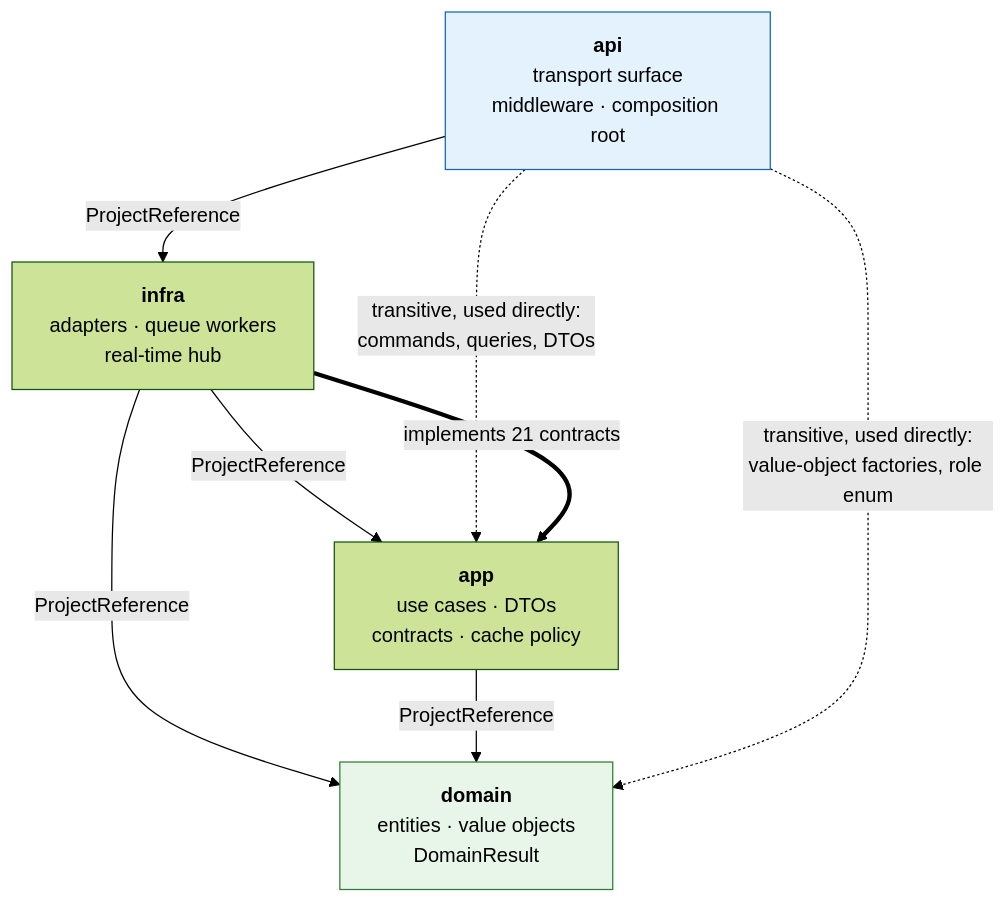
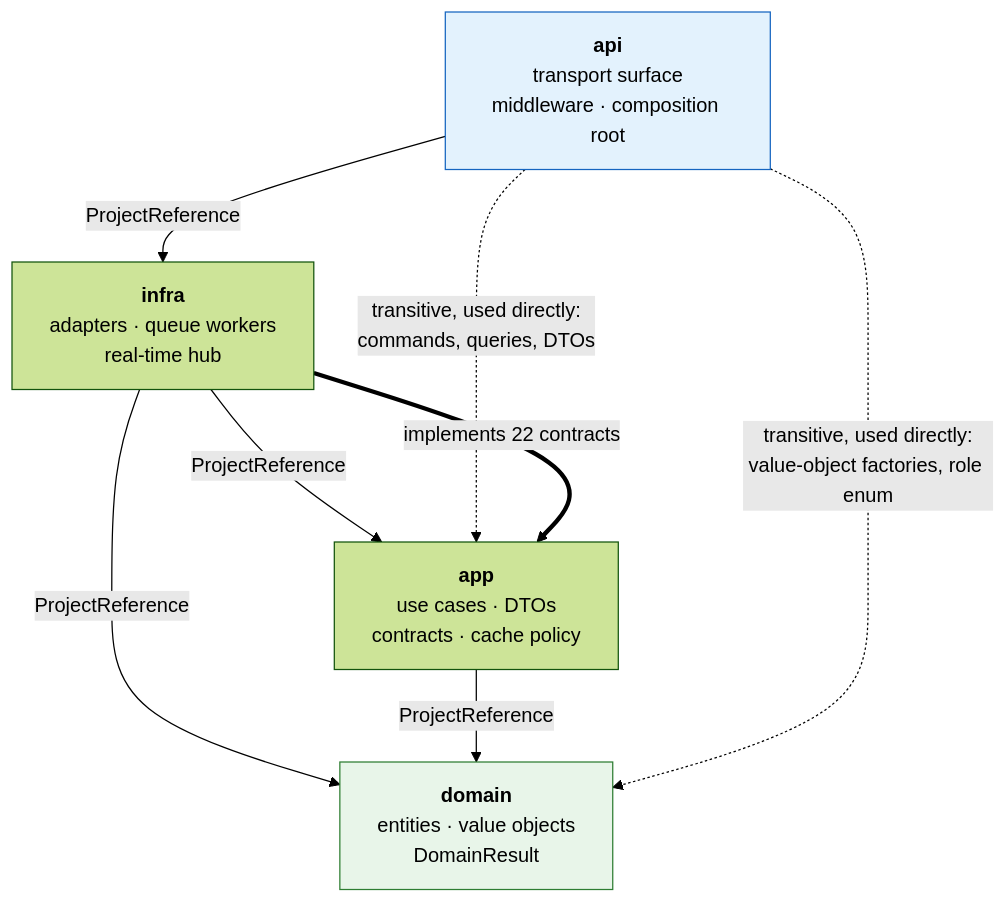
Before and after one commit to Datnguynx110605/Bump_Server: the second of 5 diagrams in doc/architecture.md, drawn with Mermaid (forest theme). The commit also changed other lines of this file and 6 other files, not shown here.

````diff
--- a/doc/architecture.md
+++ b/doc/architecture.md
@@ -113,19 +113,19 @@
 ```mermaid
 graph TD
     api["<b>api</b><br/>transport surface<br/>middleware · composition root"]
     infra["<b>infra</b><br/>adapters · queue workers<br/>real-time hub"]
     app["<b>app</b><br/>use cases · DTOs<br/>contracts · cache policy"]
     domain["<b>domain</b><br/>entities · value objects<br/>DomainResult"]
 
     api -->|ProjectReference| infra
     infra -->|ProjectReference| app
     infra -->|ProjectReference| domain
     app -->|ProjectReference| domain
 
     api -.->|"transitive, used directly:<br/>value-object factories, role enum"| domain
     api -.->|"transitive, used directly:<br/>commands, queries, DTOs"| app
-    infra ==>|"implements 21 contracts"| app
+    infra ==>|"implements 22 contracts"| app
 
     style domain fill:#e8f5e9,stroke:#2e7d32
     style api fill:#e3f2fd,stroke:#1565c0
 ```
````
